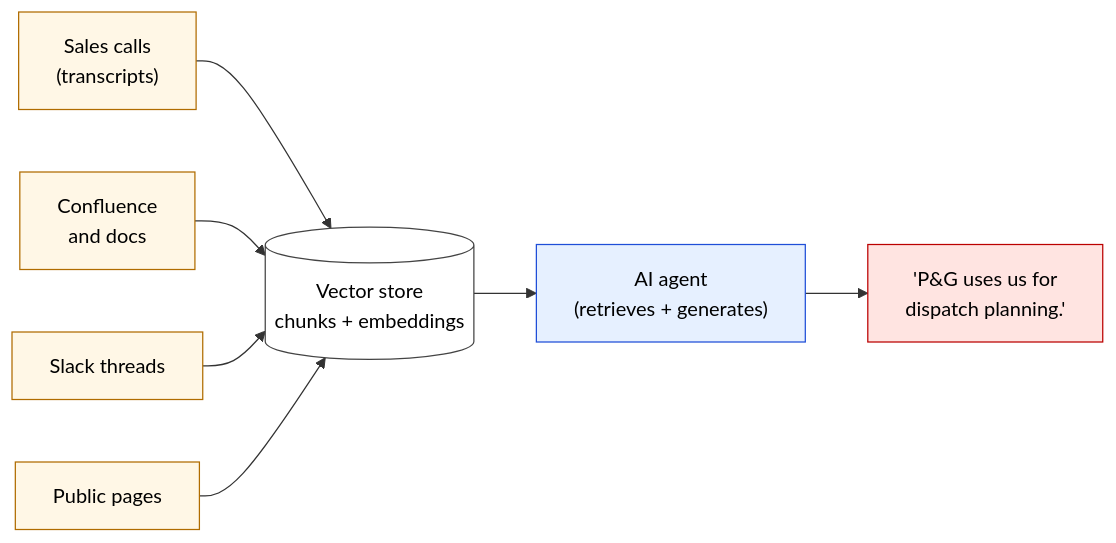
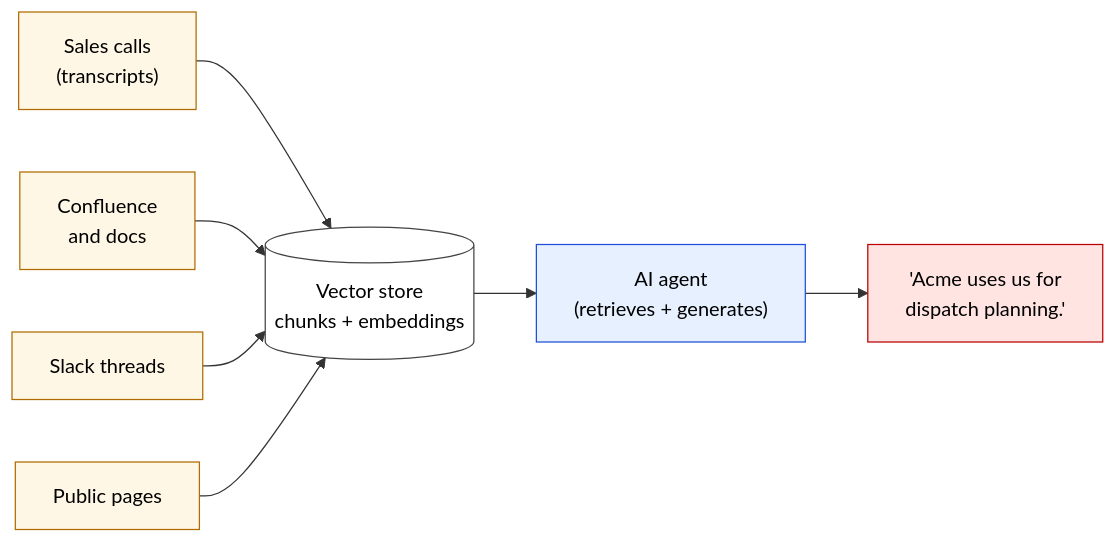
One commit to lazycoder1/personal-blog changed the first of 10 diagrams in src/data/blog/belief-based-systems.md. Above: the diagram before and after it, drawn with Mermaid. The commit also changed other lines of this file, not shown here.

````diff
--- a/src/data/blog/belief-based-systems.md
+++ b/src/data/blog/belief-based-systems.md
@@ -52,25 +52,25 @@
 ```mermaid
 flowchart LR
   classDef src fill:#fff7e6,stroke:#b06c00,color:#000
   classDef store fill:#fff,stroke:#444,color:#000
   classDef agent fill:#e6f0ff,stroke:#1f4ed8,color:#000
   classDef bad fill:#ffe4e1,stroke:#b00,color:#000
 
   Calls["Sales calls<br/>(transcripts)"]:::src
   Docs["Confluence<br/>and docs"]:::src
   Slack["Slack threads"]:::src
   Web["Public pages"]:::src
 
   Store[("Vector store<br/>chunks + embeddings")]:::store
 
   Agent["AI agent<br/>(retrieves + generates)"]:::agent
 
-  Out["'P&G uses us for<br/>dispatch planning.'"]:::bad
+  Out["'Acme uses us for<br/>dispatch planning.'"]:::bad
 
   Calls --> Store
   Docs --> Store
   Slack --> Store
   Web --> Store
   Store --> Agent
   Agent --> Out
 ```
````
